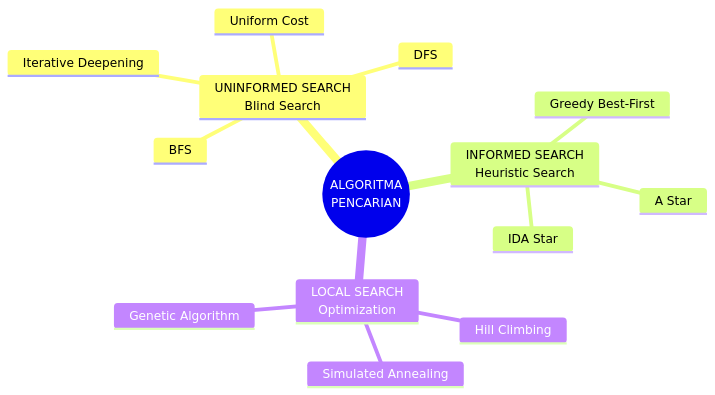
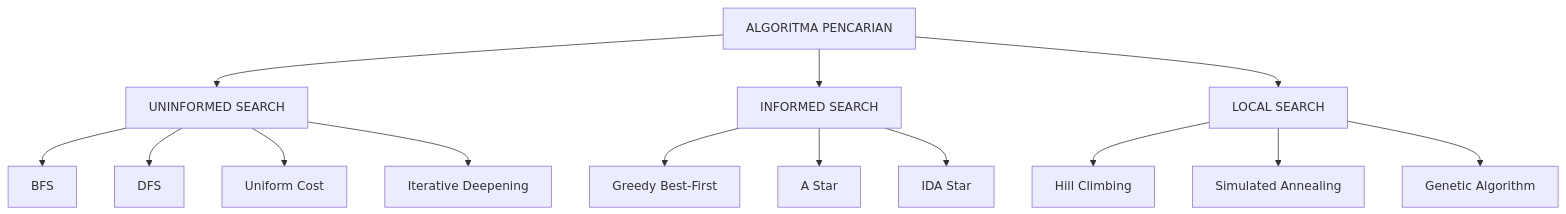
The second of 12 diagrams in bab-04-pencarian.md (antonprafanto/dasarAI2026), drawn with Mermaid before and after one commit. The commit also changed 2 other files, not shown here.

Commit message:
Fix: Replace mindmap diagrams with flowcharts for GitHub dark mode compatibility

````diff
--- a/bab-04-pencarian.md
+++ b/bab-04-pencarian.md
@@ -89,17 +89,21 @@
 ```mermaid
-mindmap
-  root((ALGORITMA<br/>PENCARIAN))
-    UNINFORMED SEARCH<br/>Blind Search
-        BFS
-        DFS
-        Uniform Cost
-        Iterative Deepening
-    INFORMED SEARCH<br/>Heuristic Search
-        Greedy Best-First
-        A Star
-        IDA Star
-    LOCAL SEARCH<br/>Optimization
-        Hill Climbing
-        Simulated Annealing
-        Genetic Algorithm
+flowchart TD
+    Root["ALGORITMA PENCARIAN"]
+    
+    Root --> UI["UNINFORMED SEARCH"]
+    Root --> IS["INFORMED SEARCH"]
+    Root --> LS["LOCAL SEARCH"]
+    
+    UI --> BFS[BFS]
+    UI --> DFS[DFS]
+    UI --> UCS[Uniform Cost]
+    UI --> IDS[Iterative Deepening]
+    
+    IS --> GBF[Greedy Best-First]
+    IS --> AStar[A Star]
+    IS --> IDA[IDA Star]
+    
+    LS --> HC[Hill Climbing]
+    LS --> SA[Simulated Annealing]
+    LS --> GA[Genetic Algorithm]
 ```
````
